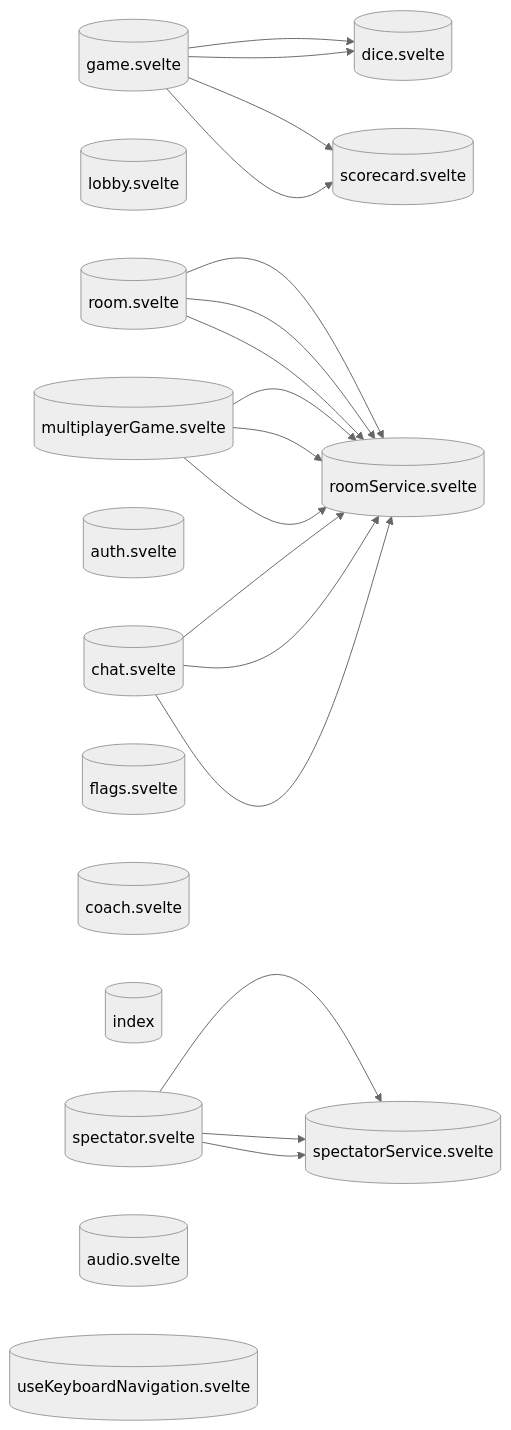
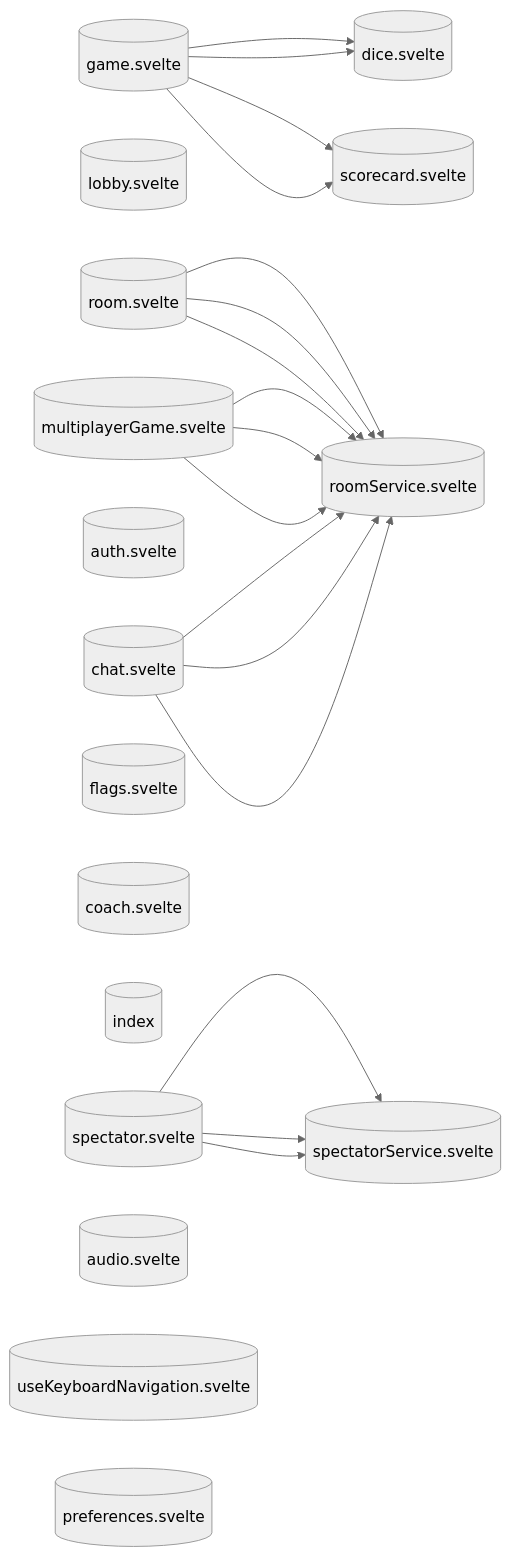
Before and after one commit to verlyn13/dicee: the diagram in docs/architecture/akg/diagrams/STORE_DEPENDENCIES.md, drawn with Mermaid (neutral theme). The commit also changed other lines of this file and 9 other files, not shown here.

First line of the commit message:
chore: update state files and regenerate AKG diagrams

````diff
--- a/docs/architecture/akg/diagrams/STORE_DEPENDENCIES.md
+++ b/docs/architecture/akg/diagrams/STORE_DEPENDENCIES.md
@@ -13,36 +13,37 @@
 ```mermaid
 flowchart LR
     store__game_svelte__tores_game_svelte_ts[("game.svelte")]
     store__lobby_svelte__ores_lobby_svelte_t[("lobby.svelte")]
     store__room_svelte__tores_room_svelte_ts[("room.svelte")]
     store__multiplayerGame_svelte__playerGam[("multiplayerGame.svelte")]
     store__scorecard_svelte___scorecard_svel[("scorecard.svelte")]
     store__dice_svelte__tores_dice_svelte_ts[("dice.svelte")]
     store__auth_svelte__tores_auth_svelte_ts[("auth.svelte")]
     store__spectator_svelte___spectator_svel[("spectator.svelte")]
     store__flags_svelte__ores_flags_svelte_t[("flags.svelte")]
     store__coach_svelte__ores_coach_svelte_t[("coach.svelte")]
     store__index___lib_stores_index_ts[("index")]
     store__chat_svelte__tores_chat_svelte_ts[("chat.svelte")]
     store__audio_svelte__ores_audio_svelte_t[("audio.svelte")]
     store__useKeyboardNavigation_svelte__Nav[("useKeyboardNavigation.svelte")]
+    store__preferences_svelte__references_sv[("preferences.svelte")]
     store__spectatorService_svelte__torServi[("spectatorService.svelte")]
     store__roomService_svelte__oomService_sv[("roomService.svelte")]
 
     store__game_svelte__tores_game_svelte_ts --> store__dice_svelte__tores_dice_svelte_ts
     store__game_svelte__tores_game_svelte_ts --> store__scorecard_svelte___scorecard_svel
     store__game_svelte__tores_game_svelte_ts --> store__dice_svelte__tores_dice_svelte_ts
     store__game_svelte__tores_game_svelte_ts --> store__scorecard_svelte___scorecard_svel
     store__room_svelte__tores_room_svelte_ts --> store__roomService_svelte__oomService_sv
     store__room_svelte__tores_room_svelte_ts --> store__roomService_svelte__oomService_sv
     store__room_svelte__tores_room_svelte_ts --> store__roomService_svelte__oomService_sv
     store__multiplayerGame_svelte__playerGam --> store__roomService_svelte__oomService_sv
     store__multiplayerGame_svelte__playerGam --> store__roomService_svelte__oomService_sv
     store__multiplayerGame_svelte__playerGam --> store__roomService_svelte__oomService_sv
     store__spectator_svelte___spectator_svel --> store__spectatorService_svelte__torServi
     store__spectator_svelte___spectator_svel --> store__spectatorService_svelte__torServi
     store__spectator_svelte___spectator_svel --> store__spectatorService_svelte__torServi
     store__chat_svelte__tores_chat_svelte_ts --> store__roomService_svelte__oomService_sv
     store__chat_svelte__tores_chat_svelte_ts --> store__roomService_svelte__oomService_sv
     store__chat_svelte__tores_chat_svelte_ts --> store__roomService_svelte__oomService_sv
 ```
````
